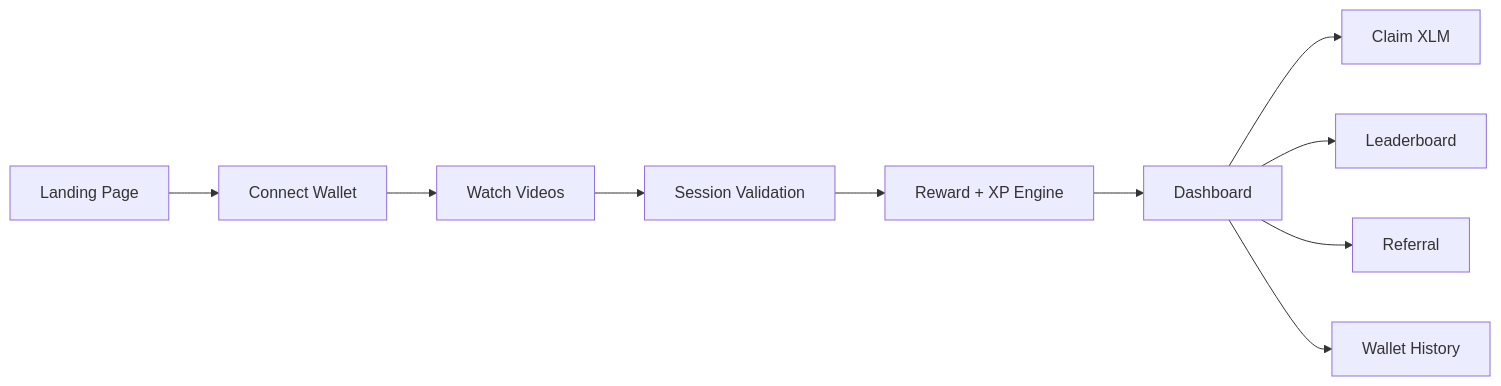
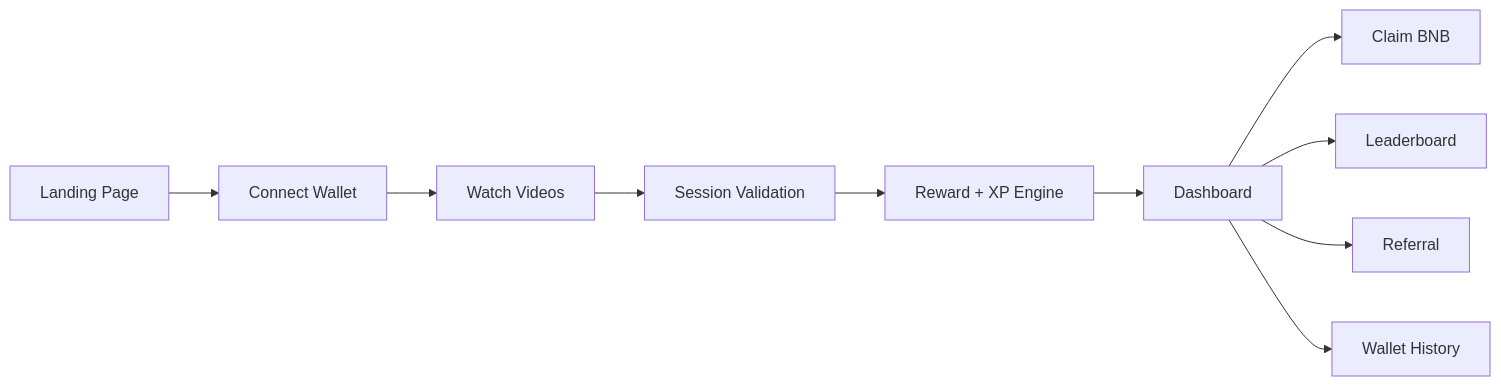
Before and after one commit to artomily/samono: the first of 4 diagrams in README.md, drawn with Mermaid. The commit also changed other lines of this file and 46 other files, not shown here.

````diff
--- a/README.md
+++ b/README.md
@@ -56,12 +52,12 @@
 ```mermaid
 flowchart LR
 	A[Landing Page] --> B[Connect Wallet]
 	B --> C[Watch Videos]
 	C --> D[Session Validation]
 	D --> E[Reward + XP Engine]
 	E --> F[Dashboard]
-	F --> G[Claim XLM]
+	F --> G[Claim BNB]
 	F --> H[Leaderboard]
 	F --> I[Referral]
 	F --> J[Wallet History]
 ```
````
